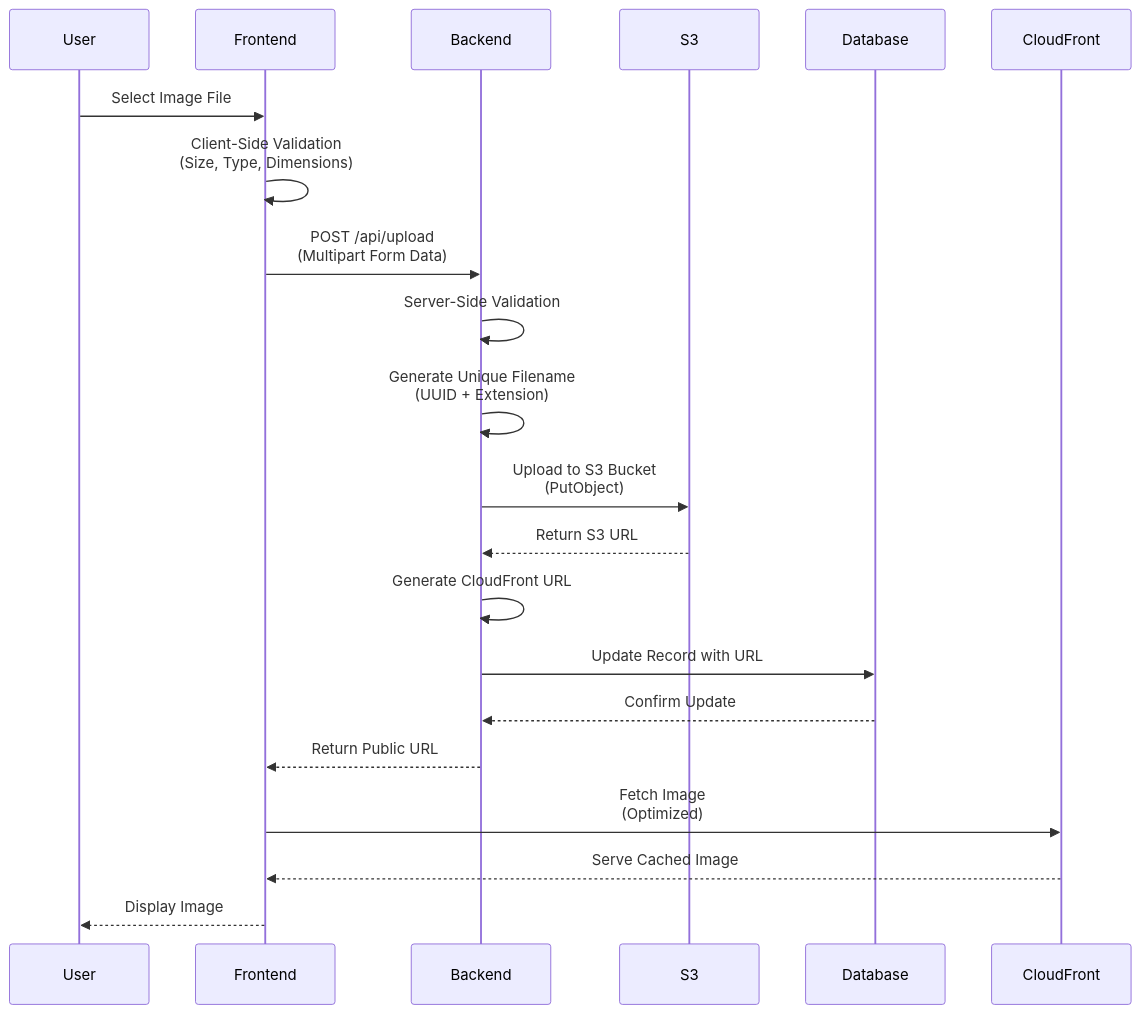
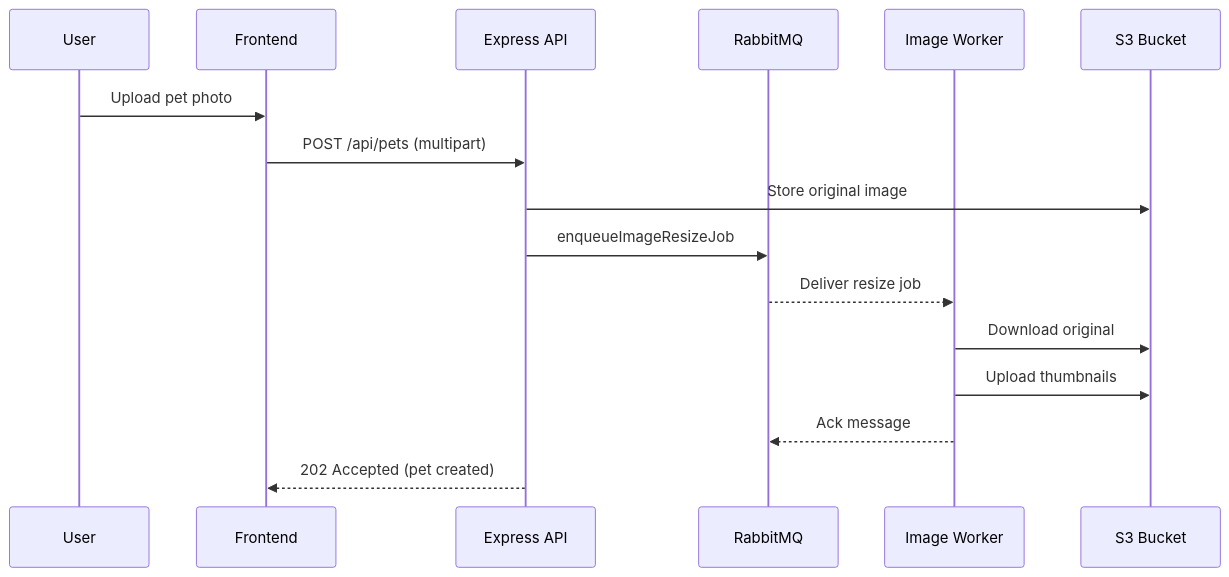
The fourth of 5 diagrams in ARCHITECTURE.md (hoangsonww/PetSwipe-Match-App), drawn with Mermaid before and after one commit. The commit also changed other lines of this file, not shown here.

Commit message:
docs: refresh architecture overview

````diff
--- a/ARCHITECTURE.md
+++ b/ARCHITECTURE.md
@@ -588,24 +135,19 @@
 ```mermaid
 sequenceDiagram
     participant User
     participant Frontend
-    participant Backend
-    participant S3
-    participant Database
-    participant CloudFront
+    participant API as Express API
+    participant MQ as RabbitMQ
+    participant Worker as Image Worker
+    participant S3 as S3 Bucket
 
-    User->>Frontend: Select Image File
-    Frontend->>Frontend: Client-Side Validation<br/>(Size, Type, Dimensions)
-    Frontend->>Backend: POST /api/upload<br/>(Multipart Form Data)
-    Backend->>Backend: Server-Side Validation
-    Backend->>Backend: Generate Unique Filename<br/>(UUID + Extension)
-    Backend->>S3: Upload to S3 Bucket<br/>(PutObject)
-    S3-->>Backend: Return S3 URL
-    Backend->>Backend: Generate CloudFront URL
-    Backend->>Database: Update Record with URL
-    Database-->>Backend: Confirm Update
-    Backend-->>Frontend: Return Public URL
-    Frontend->>CloudFront: Fetch Image<br/>(Optimized)
-    CloudFront-->>Frontend: Serve Cached Image
-    Frontend-->>User: Display Image
+    User->>Frontend: Upload pet photo
+    Frontend->>API: POST /api/pets (multipart)
+    API->>S3: Store original image
+    API->>MQ: enqueueImageResizeJob
+    MQ-->>Worker: Deliver resize job
+    Worker->>S3: Download original
+    Worker->>S3: Upload thumbnails
+    Worker-->>MQ: Ack message
+    API-->>Frontend: 202 Accepted (pet created)
 ```
````
